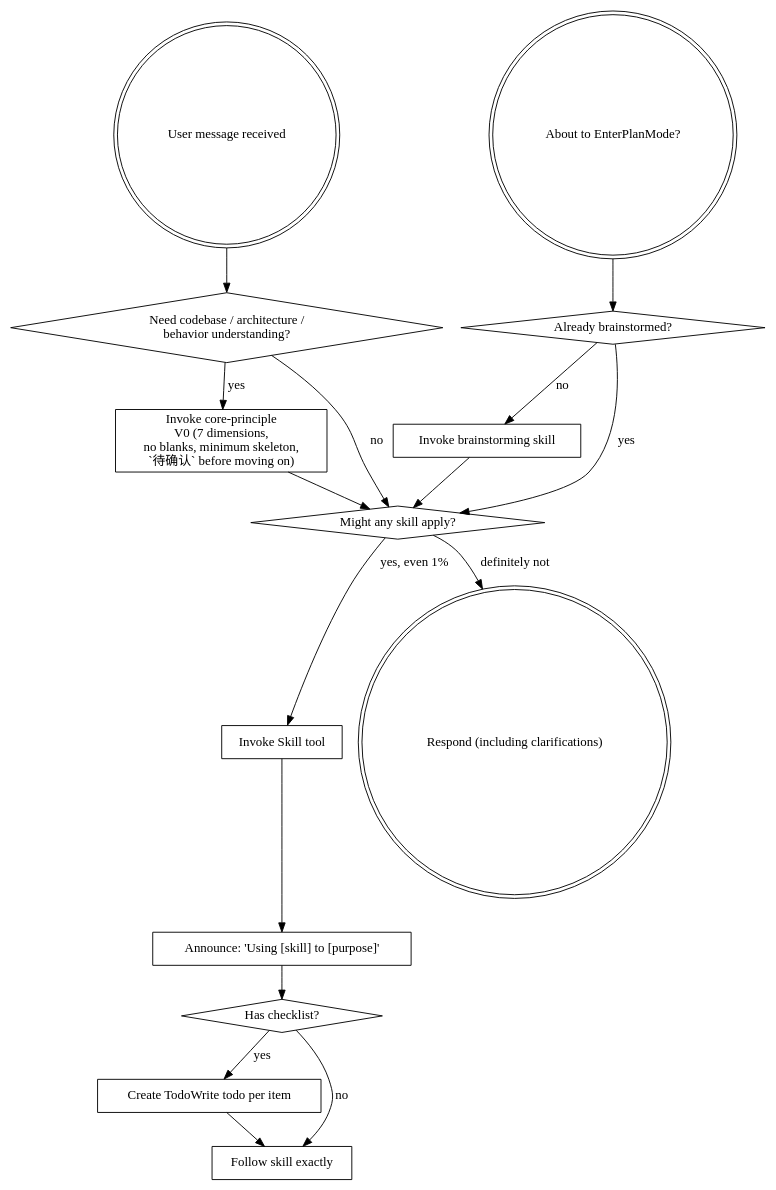
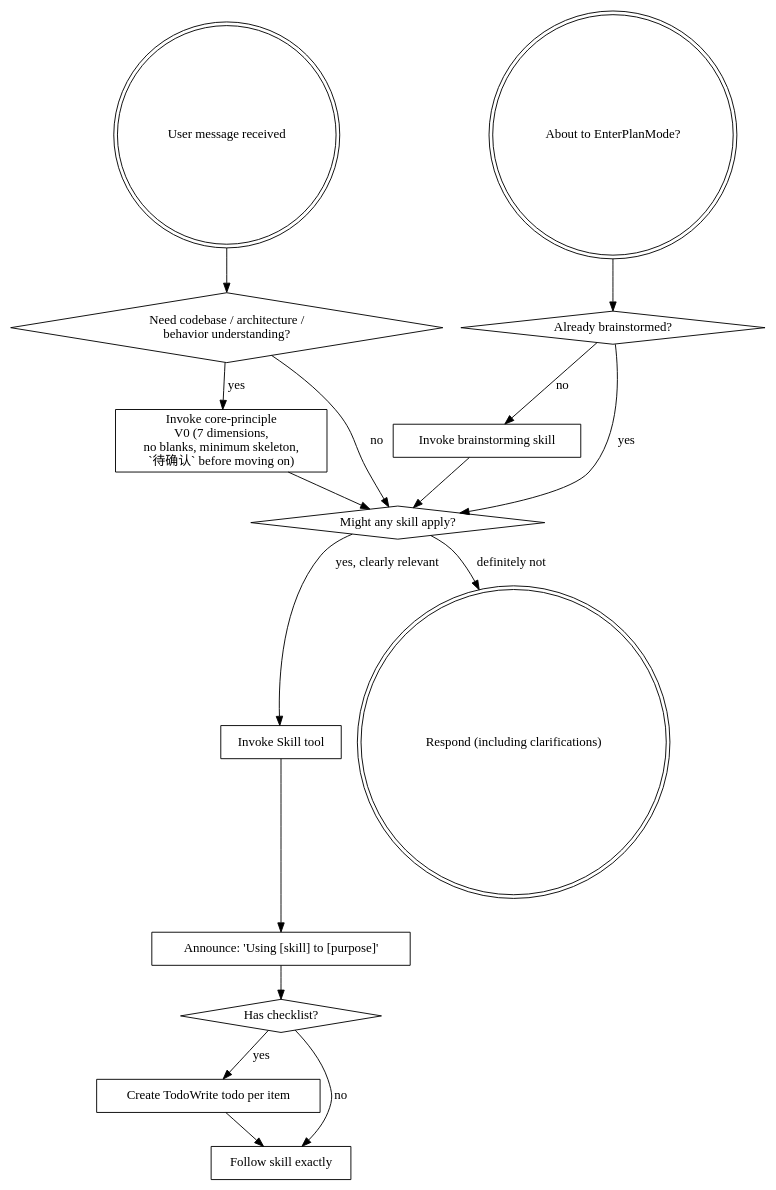
Before and after one commit to metanet4jDev/superpowers-core-principle: the diagram in skills/using-superpowers/SKILL.md, drawn with Graphviz. The commit also changed other lines of this file and 1 other file, not shown here.

Commit message:
Relax skill invocation requirements

````diff
--- a/skills/using-superpowers/SKILL.md
+++ b/skills/using-superpowers/SKILL.md
@@ -54,34 +50,34 @@
 ```dot
 digraph skill_flow {
     "User message received" [shape=doublecircle];
     "Need codebase / architecture /\nbehavior understanding?" [shape=diamond];
     "Invoke core-principle\nV0 (7 dimensions,\nno blanks, minimum skeleton,\n`待确认` before moving on)" [shape=box];
     "About to EnterPlanMode?" [shape=doublecircle];
     "Already brainstormed?" [shape=diamond];
     "Invoke brainstorming skill" [shape=box];
     "Might any skill apply?" [shape=diamond];
     "Invoke Skill tool" [shape=box];
     "Announce: 'Using [skill] to [purpose]'" [shape=box];
     "Has checklist?" [shape=diamond];
     "Create TodoWrite todo per item" [shape=box];
     "Follow skill exactly" [shape=box];
     "Respond (including clarifications)" [shape=doublecircle];
 
     "User message received" -> "Need codebase / architecture /\nbehavior understanding?";
     "Need codebase / architecture /\nbehavior understanding?" -> "Invoke core-principle\nV0 (7 dimensions,\nno blanks, minimum skeleton,\n`待确认` before moving on)" [label="yes"];
     "Need codebase / architecture /\nbehavior understanding?" -> "Might any skill apply?" [label="no"];
     "Invoke core-principle\nV0 (7 dimensions,\nno blanks, minimum skeleton,\n`待确认` before moving on)" -> "Might any skill apply?";
 
     "About to EnterPlanMode?" -> "Already brainstormed?";
     "Already brainstormed?" -> "Invoke brainstorming skill" [label="no"];
     "Already brainstormed?" -> "Might any skill apply?" [label="yes"];
     "Invoke brainstorming skill" -> "Might any skill apply?";
-    "Might any skill apply?" -> "Invoke Skill tool" [label="yes, even 1%"];
+    "Might any skill apply?" -> "Invoke Skill tool" [label="yes, clearly relevant"];
     "Might any skill apply?" -> "Respond (including clarifications)" [label="definitely not"];
     "Invoke Skill tool" -> "Announce: 'Using [skill] to [purpose]'";
     "Announce: 'Using [skill] to [purpose]'" -> "Has checklist?";
     "Has checklist?" -> "Create TodoWrite todo per item" [label="yes"];
     "Has checklist?" -> "Follow skill exactly" [label="no"];
     "Create TodoWrite todo per item" -> "Follow skill exactly";
 }
 ```
````
